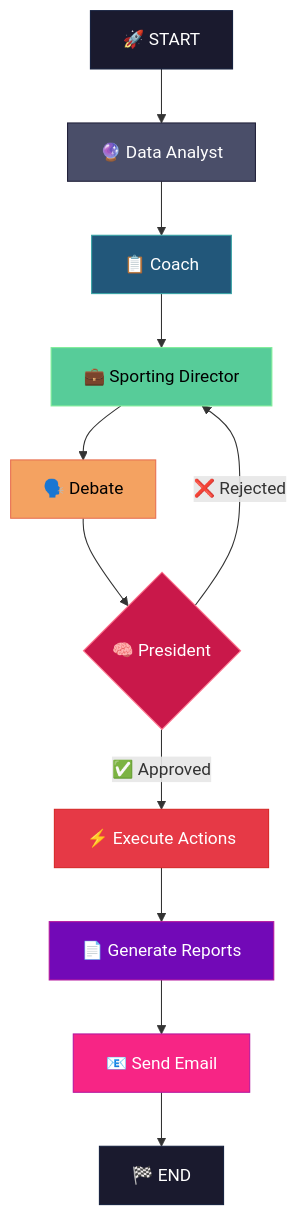
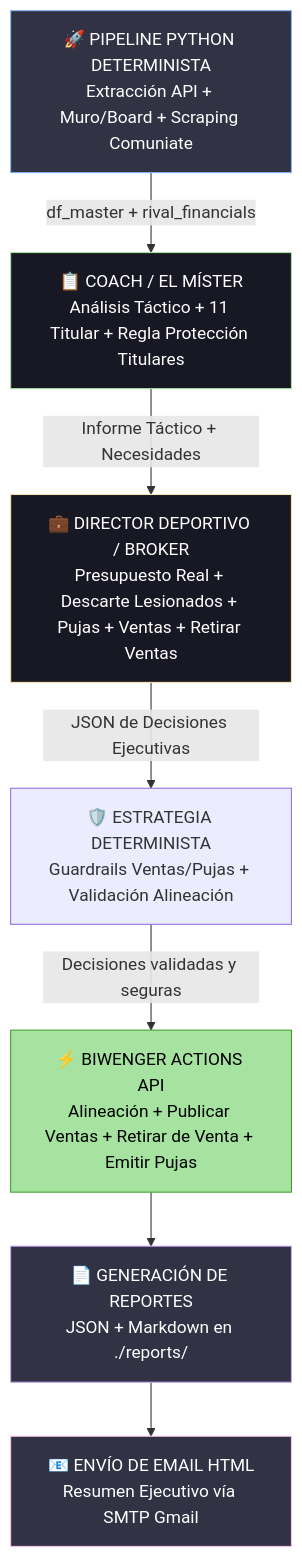
The diagram in README.md (dani537/fantasy-crew), drawn with Mermaid before and after one commit. The commit also changed other lines of this file and 47 other files, not shown here.

````diff
--- a/README.md
+++ b/README.md
@@ -66,26 +25,20 @@
 ```mermaid
 graph TD
-    A[🚀 START] --> B[🔮 Data Analyst]
-    B --> C[📋 Coach]
-    C --> D[💼 Sporting Director]
-    D --> DB[🗣️ Debate]
-    DB --> E{🧠 President}
+    A[🚀 PIPELINE PYTHON DETERMINISTA<br/>Extracción API + Muro/Board + Scraping Comuniate] -->|df_master + rival_financials| B[📋 COACH / EL MÍSTER<br/>Análisis Táctico + 11 Titular + Regla Protección Titulares]
     
-    E -->|✅ Approved| X[⚡ Execute Actions]
-    E -->|❌ Rejected| D
+    B -->|Informe Táctico + Necesidades| C[💼 DIRECTOR DEPORTIVO / BROKER<br/>Presupuesto Real + Descarte Lesionados + Pujas + Ventas + Retirar Ventas]
     
-    X --> F[📄 Generate Reports]
-    F --> G[📧 Send Email]
-    G --> H[🏁 END]
+    C -->|JSON de Decisiones Ejecutivas| G[🛡️ ESTRATEGIA DETERMINISTA<br/>Guardrails Ventas/Pujas + Validación Alineación]
     
-    style A fill:#1a1a2e,stroke:#16213e,color:#fff
-    style B fill:#4a4e69,stroke:#22223b,color:#fff
-    style C fill:#22577a,stroke:#38a3a5,color:#fff
-    style D fill:#57cc99,stroke:#80ed99,color:#000
-    style DB fill:#f4a261,stroke:#e76f51,color:#000
-    style E fill:#c9184a,stroke:#ff758f,color:#fff
-    style X fill:#e63946,stroke:#d62828,color:#fff
-    style F fill:#7209b7,stroke:#b5179e,color:#fff
-    style G fill:#f72585,stroke:#b5179e,color:#fff
-    style H fill:#1a1a2e,stroke:#16213e,color:#fff
+    G -->|Decisiones validadas y seguras| D[⚡ BIWENGER ACTIONS API<br/>Alineación + Publicar Ventas + Retirar de Venta + Emitir Pujas]
+    
+    D --> E[📄 GENERACIÓN DE REPORTES<br/>JSON + Markdown en ./reports/]
+    E --> F[📧 ENVÍO DE EMAIL HTML<br/>Resumen Ejecutivo vía SMTP Gmail]
+
+    style A fill:#313244,stroke:#89b4fa,color:#fff
+    style B fill:#181825,stroke:#a6e3a1,color:#fff
+    style C fill:#181825,stroke:#f9e2af,color:#fff
+    style D fill:#a6e3a1,stroke:#40a02b,color:#000
+    style E fill:#313244,stroke:#cba6f7,color:#fff
+    style F fill:#313244,stroke:#f5c2e7,color:#fff
 ```
````
